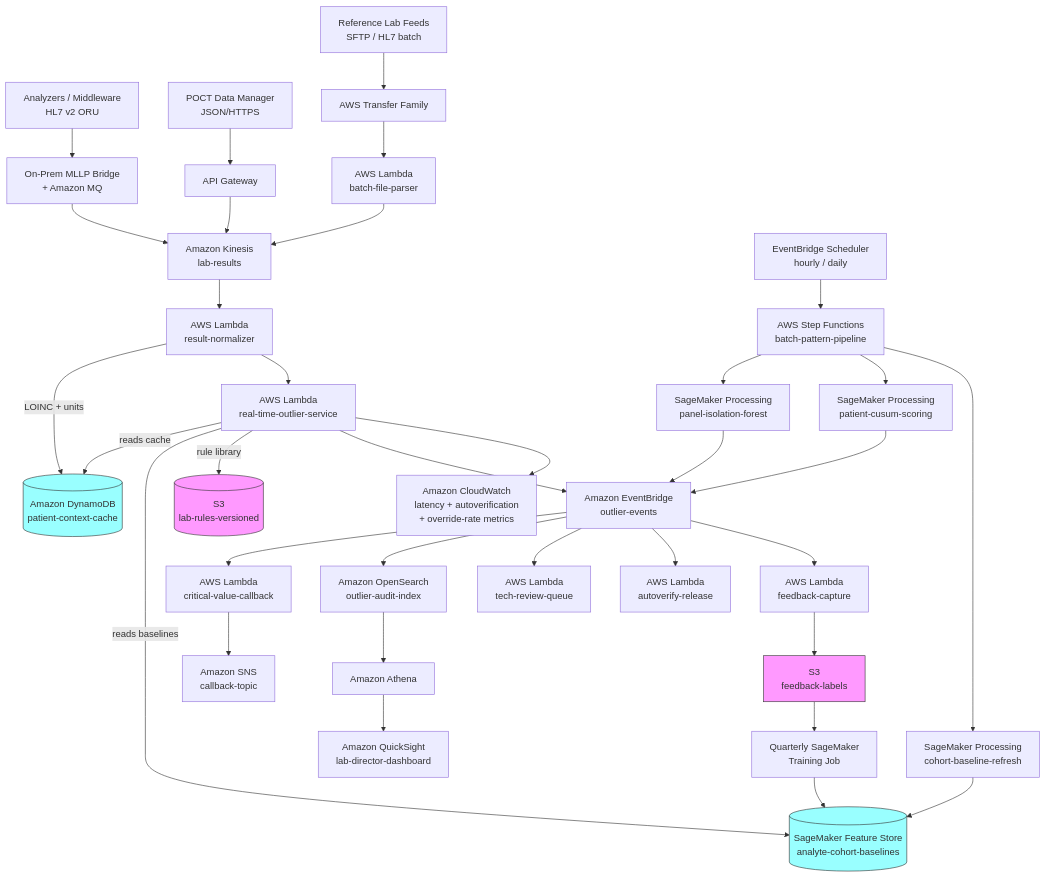
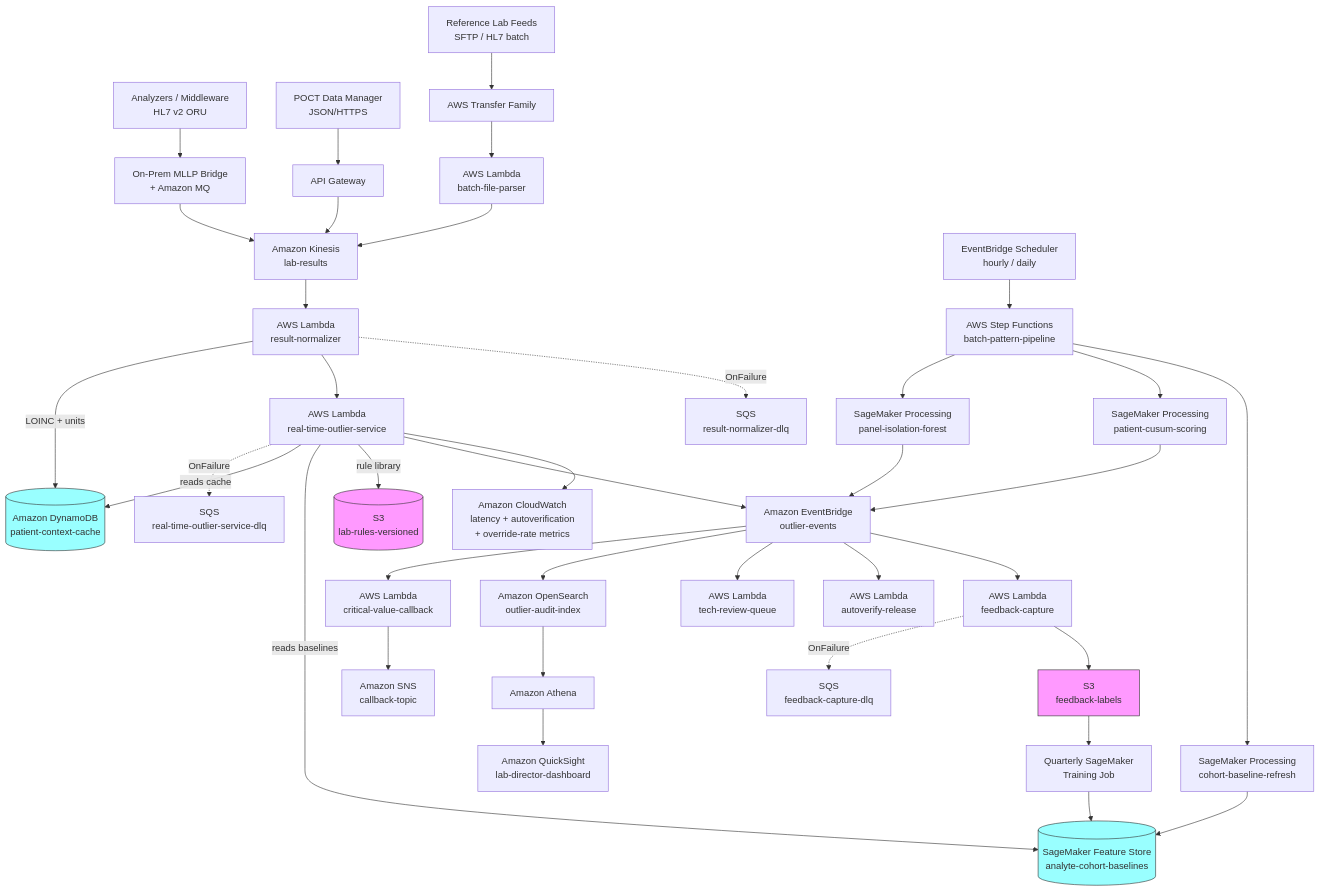
One commit to ccrngd1/HCLS-ai-book changed the diagram in chapter03.05-architecture.md. Above: the diagram before and after it, drawn with Mermaid. The commit also changed other lines of this file and 3 other files, not shown here.

````diff
--- a/chapter03.05-architecture.md
+++ b/chapter03.05-architecture.md
@@ -43,50 +47,54 @@
 ```mermaid
 flowchart TB
     A[Analyzers / Middleware<br/>HL7 v2 ORU] --> M[On-Prem MLLP Bridge<br/>+ Amazon MQ]
     B[POCT Data Manager<br/>JSON/HTTPS] --> D[API Gateway]
     C[Reference Lab Feeds<br/>SFTP / HL7 batch] --> E[AWS Transfer Family]
 
     M --> F[Amazon Kinesis<br/>lab-results]
     D --> F
     E --> G[AWS Lambda<br/>batch-file-parser]
     G --> F
 
     F --> H[AWS Lambda<br/>result-normalizer]
     H -->|LOINC + units| I[(Amazon DynamoDB<br/>patient-context-cache)]
     H --> J[AWS Lambda<br/>real-time-outlier-service]
+
+    H -.->|OnFailure| H_DLQ[SQS<br/>result-normalizer-dlq]
+    J -.->|OnFailure| J_DLQ[SQS<br/>real-time-outlier-service-dlq]
+    O5 -.->|OnFailure| O5_DLQ[SQS<br/>feedback-capture-dlq]
 
     J -->|reads cache| I
     J -->|reads baselines| K[(SageMaker Feature Store<br/>analyte-cohort-baselines)]
     J -->|rule library| L[(S3<br/>lab-rules-versioned)]
     J --> N[Amazon EventBridge<br/>outlier-events]
 
     N --> O1[AWS Lambda<br/>critical-value-callback]
     N --> O2[Amazon OpenSearch<br/>outlier-audit-index]
     N --> O3[AWS Lambda<br/>tech-review-queue]
     N --> O4[AWS Lambda<br/>autoverify-release]
     N --> O5[AWS Lambda<br/>feedback-capture]
 
     O1 --> P1[Amazon SNS<br/>callback-topic]
 
     Q[EventBridge Scheduler<br/>hourly / daily] --> R[AWS Step Functions<br/>batch-pattern-pipeline]
     R --> S[SageMaker Processing<br/>panel-isolation-forest]
     R --> T[SageMaker Processing<br/>patient-cusum-scoring]
     R --> U[SageMaker Processing<br/>cohort-baseline-refresh]
     S --> N
     T --> N
     U --> K
 
     O5 --> V[S3<br/>feedback-labels]
     V --> W[Quarterly SageMaker<br/>Training Job]
     W --> K
 
     O2 --> X[Amazon Athena]
     X --> Y[Amazon QuickSight<br/>lab-director-dashboard]
 
     J --> Z[Amazon CloudWatch<br/>latency + autoverification<br/>+ override-rate metrics]
 
     style I fill:#9ff,stroke:#333
     style K fill:#9ff,stroke:#333
     style L fill:#f9f,stroke:#333
     style V fill:#f9f,stroke:#333
 ```
````
